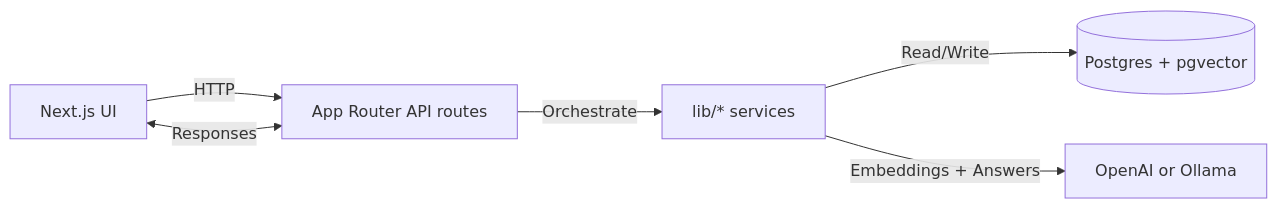
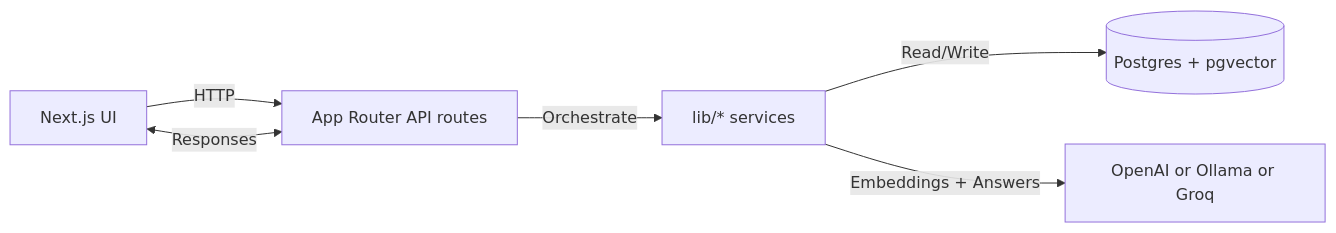
Before and after one commit to sanjayy0612/Re-search_space: the diagram in README.md, drawn with Mermaid. The commit also changed other lines of this file and 3 other files, not shown here.

````diff
--- a/README.md
+++ b/README.md
@@ -39,8 +39,8 @@
 ```mermaid
 flowchart LR
 	UI[Next.js UI] -->|HTTP| API[App Router API routes]
 	API -->|Orchestrate| LIB[lib/* services]
 	LIB -->|Read/Write| DB[(Postgres + pgvector)]
-	LIB -->|Embeddings + Answers| LLM[OpenAI or Ollama]
+	LIB -->|Embeddings + Answers| LLM[OpenAI or Ollama or Groq]
 	UI <-->|Responses| API
 ```
````
